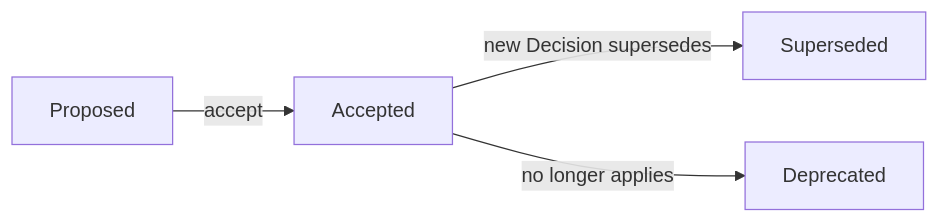
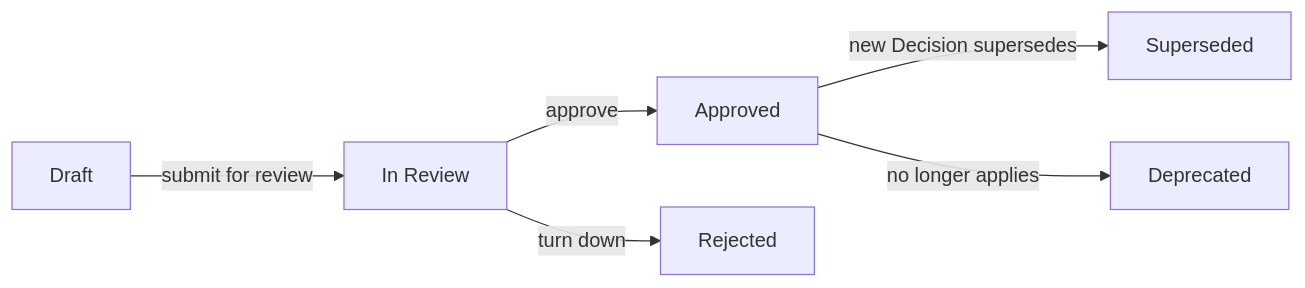
The second of 2 diagrams in spec/features/decision/README.md (specscore/specscore), drawn with Mermaid before and after one commit. The commit also changed other lines of this file and 22 other files, not shown here.

````diff
--- a/spec/features/decision/README.md
+++ b/spec/features/decision/README.md
@@ -206,11 +210,15 @@
 ```mermaid
 graph LR
-    A["Proposed"]
-    B["Accepted"]
-    C["Superseded"]
+    A["Draft"]
+    B["In Review"]
+    C["Approved"]
+    R["Rejected"]
+    S["Superseded"]
     D["Deprecated"]
 
-    A -->|accept| B
-    B -->|new Decision supersedes| C
-    B -->|no longer applies| D
+    A -->|submit for review| B
+    B -->|approve| C
+    B -->|turn down| R
+    C -->|new Decision supersedes| S
+    C -->|no longer applies| D
 ```
````
